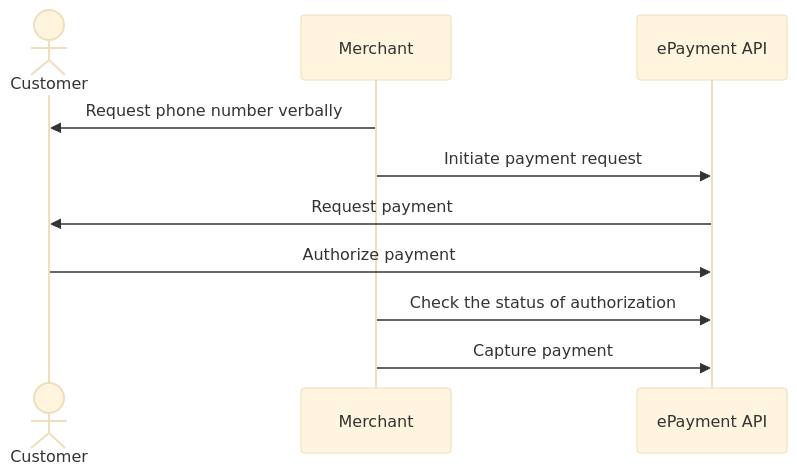
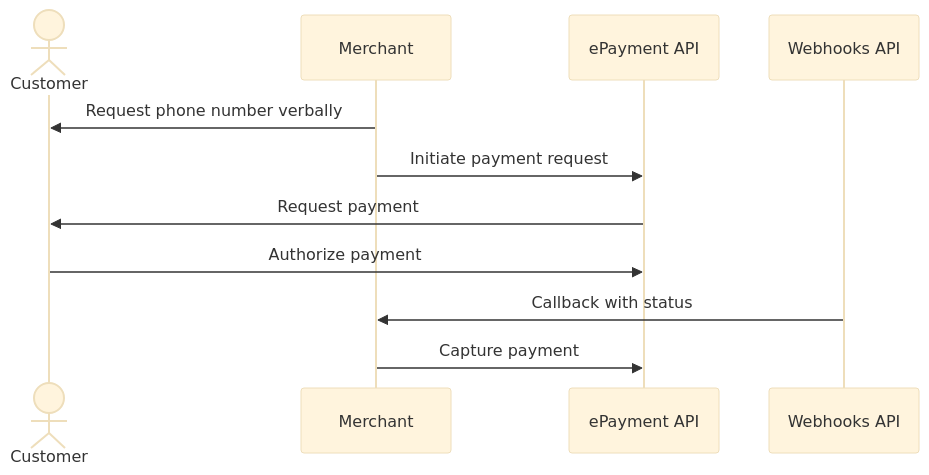
Before and after one commit to vippsas/vipps-solutions: the diagram in taxi-companies/taximeter-initiates-payment-request-with-phone-request.md, drawn with Mermaid (base theme). The commit also changed other lines of this file and 16 other files, not shown here.

Commit message:
Use webhooks in all the ePayment sequence diagrams

````diff
--- a/taxi-companies/taximeter-initiates-payment-request-with-phone-request.md
+++ b/taxi-companies/taximeter-initiates-payment-request-with-phone-request.md
@@ -119,13 +119,14 @@
 ``` mermaid
 sequenceDiagram
     actor C as Customer
     participant M as Merchant
     participant ePayment as ePayment API
+    participant Webhooks as Webhooks API
 
     M->>C: Request phone number verbally
     M->>ePayment: Initiate payment request
     ePayment->>C: Request payment
     C->>ePayment: Authorize payment
-    M->>ePayment: Check the status of authorization
+    Webhooks->>M: Callback with status
     M->>ePayment: Capture payment
 ```
````
